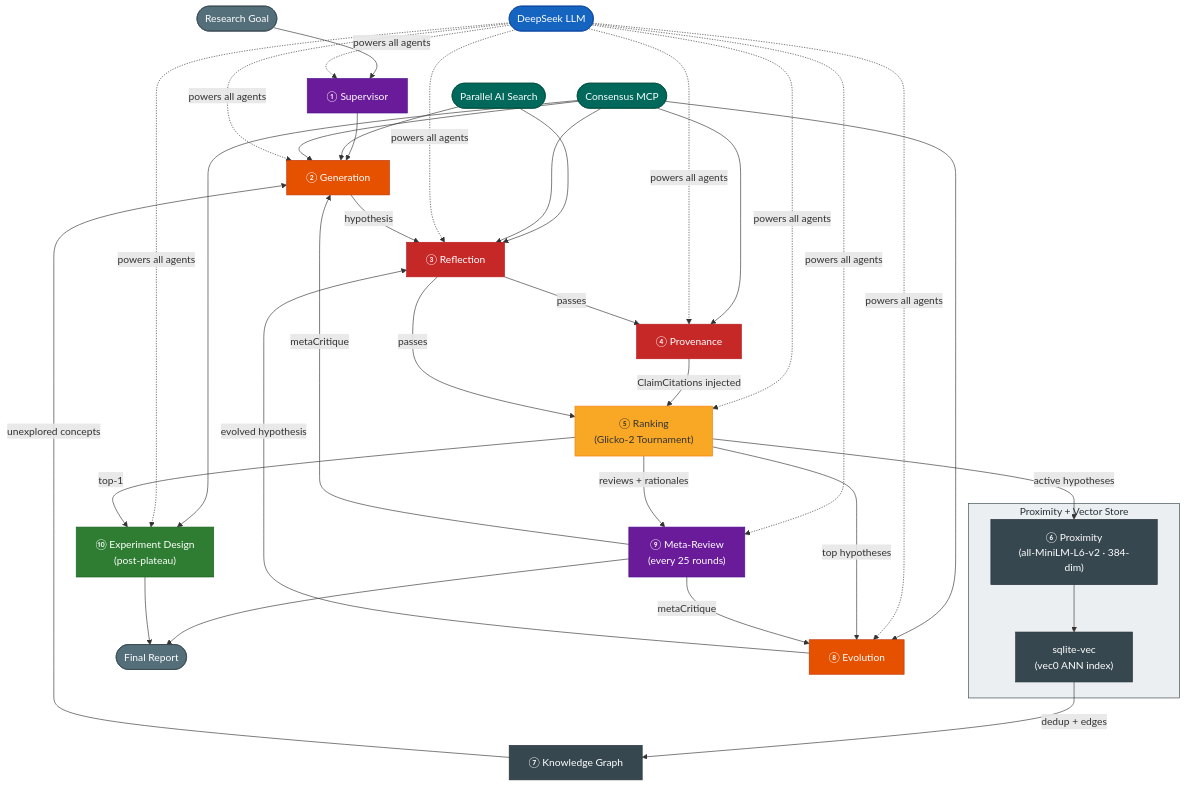
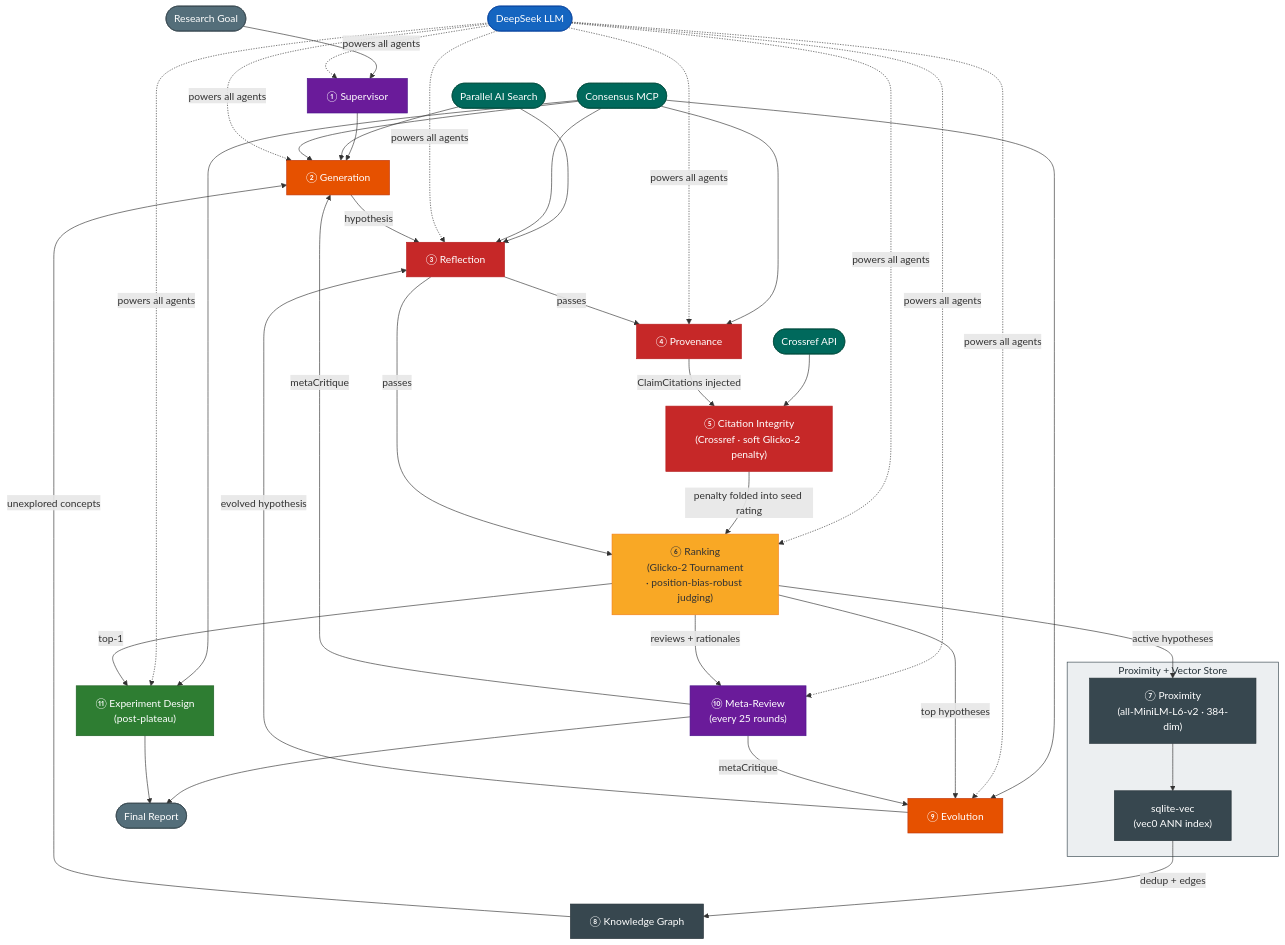
The diagram in README.md (raktim-mondol/co-scientist), drawn with Mermaid before and after one commit. The commit also changed other lines of this file, not shown here.

Commit message:
docs: document citation integrity + position-bias-robust judging in README and architecture diagram

```diff
--- a/README.md
+++ b/README.md
@@ -314,23 +381,25 @@
     DS(["DeepSeek LLM"])
     PAI(["Parallel AI Search"])
     CON(["Consensus MCP"])
+    XREF(["Crossref API"])
 
     SUP["① Supervisor"]
     GEN["② Generation"]
     REF["③ Reflection"]
     PROV["④ Provenance"]
-    RANK["⑤ Ranking<br/>(Glicko-2 Tournament)"]
+    CITE["⑤ Citation Integrity<br/>(Crossref · soft Glicko-2 penalty)"]
+    RANK["⑥ Ranking<br/>(Glicko-2 Tournament<br/>· position-bias-robust judging)"]
 
     subgraph PROXVEC["Proximity + Vector Store"]
-        PROX["⑥ Proximity<br/>(all-MiniLM-L6-v2 · 384-dim)"]
+        PROX["⑦ Proximity<br/>(all-MiniLM-L6-v2 · 384-dim)"]
         VEC2["sqlite-vec<br/>(vec0 ANN index)"]
         PROX --> VEC2
     end
 
-    KG["⑦ Knowledge Graph"]
-    EVOL["⑧ Evolution"]
-    META["⑨ Meta-Review<br/>(every 25 rounds)"]
-    DESIGN["⑩ Experiment Design<br/>(post-plateau)"]
+    KG["⑧ Knowledge Graph"]
+    EVOL["⑨ Evolution"]
+    META["⑩ Meta-Review<br/>(every 25 rounds)"]
+    DESIGN["⑪ Experiment Design<br/>(post-plateau)"]
 
     %% ── Main flow ────────────────────────────────────────────────
     GOAL --> SUP --> GEN
@@ -340,6 +409,7 @@
     PAI --> REF
     CON --> REF
     CON --> PROV
+    XREF --> CITE
     CON --> EVOL
     CON --> DESIGN
 
@@ -347,7 +417,8 @@
 
     GEN -->|hypothesis| REF
     REF -->|passes| PROV
-    PROV -->|ClaimCitations injected| RANK
+    PROV -->|ClaimCitations injected| CITE
+    CITE -->|penalty folded into seed rating| RANK
     REF -->|passes| RANK
     RANK -->|top hypotheses| EVOL
     EVOL -->|evolved hypothesis| REF
@@ -371,12 +442,14 @@
     style DS       fill:#1565C0,color:#fff,stroke:#0D47A1
     style PAI      fill:#00695C,color:#fff,stroke:#004D40
     style CON      fill:#00695C,color:#fff,stroke:#004D40
+    style XREF     fill:#00695C,color:#fff,stroke:#004D40
     style SUP      fill:#6A1B9A,color:#fff,stroke:#4A148C
     style META     fill:#6A1B9A,color:#fff,stroke:#4A148C
     style GEN      fill:#E65100,color:#fff,stroke:#BF360C
     style EVOL     fill:#E65100,color:#fff,stroke:#BF360C
     style REF      fill:#C62828,color:#fff,stroke:#B71C1C
     style PROV     fill:#C62828,color:#fff,stroke:#B71C1C
+    style CITE     fill:#C62828,color:#fff,stroke:#B71C1C
     style RANK     fill:#F9A825,color:#333,stroke:#F57F17
     style PROX     fill:#37474F,color:#fff,stroke:#263238
     style VEC2     fill:#37474F,color:#fff,stroke:#263238
```
